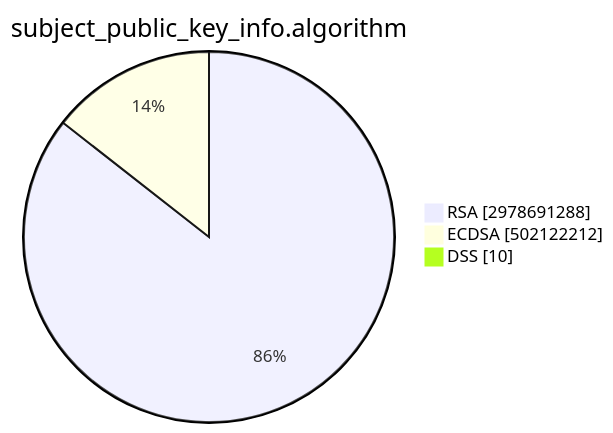
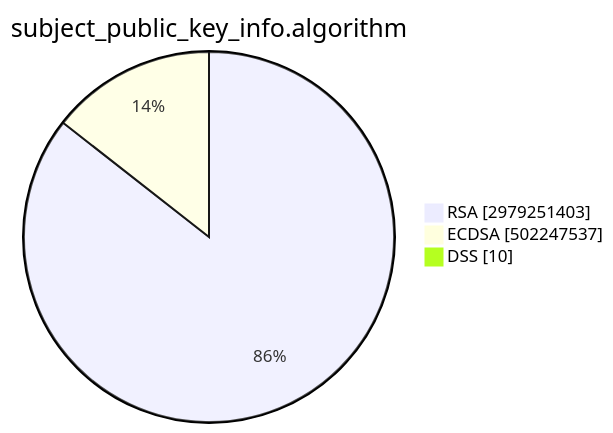
The second of 15 diagrams in TOTAL/README.md (christiankrug/ctmonitor_visualization), drawn with Mermaid before and after one commit. The commit also changed other lines of this file, not shown here.

````diff
--- a/TOTAL/README.md
+++ b/TOTAL/README.md
@@ -6,7 +6,7 @@
 ```mermaid
 pie showData
 title subject_public_key_info.algorithm
-"RSA" :2978691288
-"ECDSA" :502122212
+"RSA" :2979251403
+"ECDSA" :502247537
 "DSS" :10
 ```
````
